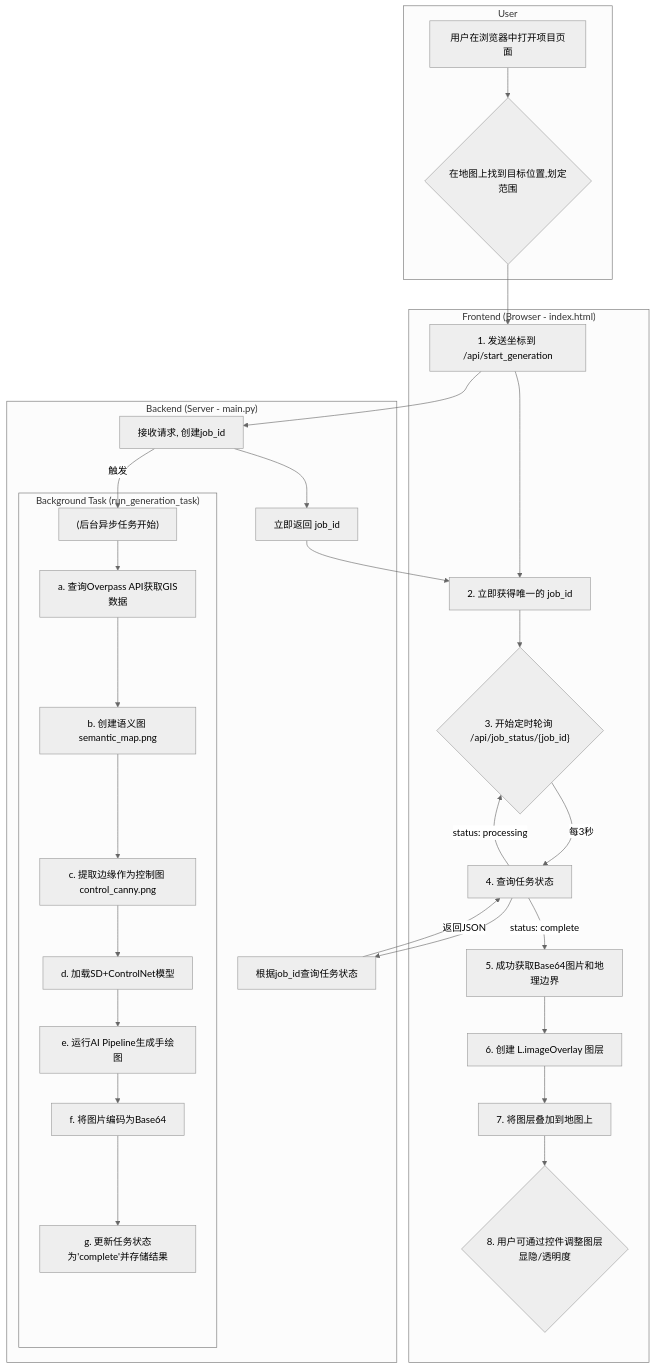
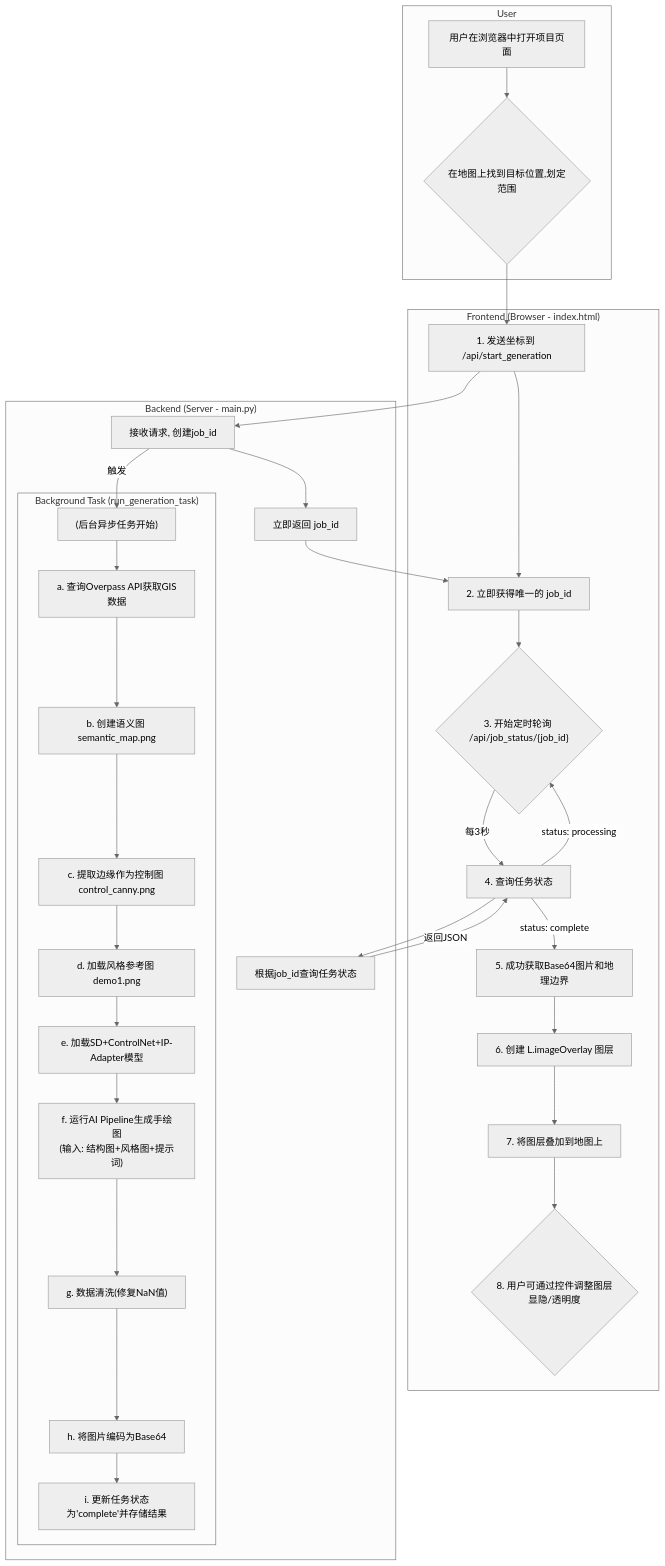
Before and after one commit to madgoat8/AI-TourMap-Generator: the diagram in 项目实现规划.md, drawn with Mermaid (neutral theme). The commit also changed other lines of this file and 1 other file, not shown here.

Commit message:
Add layer control for map switching and enhance AI generation workflow with style reference

````diff
--- a/项目实现规划.md
+++ b/项目实现规划.md
@@ -7,39 +7,41 @@
 ```mermaid
 graph TD
     subgraph User
         A["用户在浏览器中打开项目页面"] --> B{"在地图上找到目标位置,划定范围"};
     end
 
     subgraph "Frontend (Browser - index.html)"
         B --> C["1. 发送坐标到 /api/start_generation"];
         C --> D["2. 立即获得唯一的 job_id"];
         D --> E{"3. 开始定时轮询 /api/job_status/{job_id}"};
         E -- 每3秒 --> F["4. 查询任务状态"];
         F -- status: processing --> E;
         F -- status: complete --> G["5. 成功获取Base64图片和地理边界"];
         G --> H["6. 创建 L.imageOverlay 图层"];
         H --> I["7. 将图层叠加到地图上"];
         I --> J{"8. 用户可通过控件调整图层显隐/透明度"};
     end
 
     subgraph "Backend (Server - main.py)"
         C --> K["接收请求, 创建job_id"];
         K --> L["立即返回 job_id"];
         K -- 触发 --> M["(后台异步任务开始)"];
-    
+  
         subgraph "Background Task (run_generation_task)"
             M --> N["a. 查询Overpass API获取GIS数据"];
             N --> O["b. 创建语义图 semantic_map.png"];
             O --> P["c. 提取边缘作为控制图 control_canny.png"];
-            P --> Q["d. 加载SD+ControlNet模型"];
-            Q --> R["e. 运行AI Pipeline生成手绘图"];
-            R --> S["f. 将图片编码为Base64"];
-            S --> T["g. 更新任务状态为'complete'并存储结果"];
+            P --> P1["d. 加载风格参考图 demo1.png"];
+            P1 --> Q["e. 加载SD+ControlNet+IP-Adapter模型"];
+            Q --> R["f. 运行AI Pipeline生成手绘图<br>(输入: 结构图+风格图+提示词)"];
+            R --> R1["g. 数据清洗(修复NaN值)"];
+            R1 --> S["h. 将图片编码为Base64"];
+            S --> T["i. 更新任务状态为'complete'并存储结果"];
         end
 
         F --> U["根据job_id查询任务状态"];
         U -- 返回JSON --> F;
     end
 
     L --> D;
 ```
````
